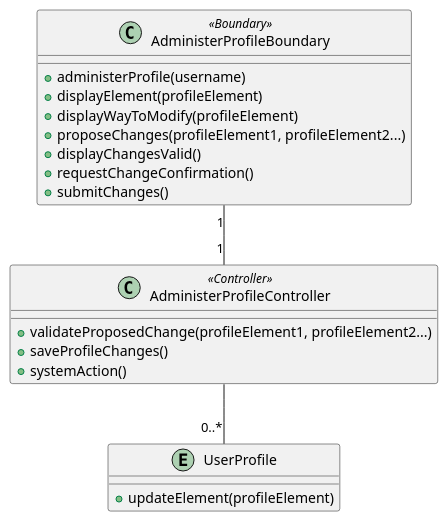
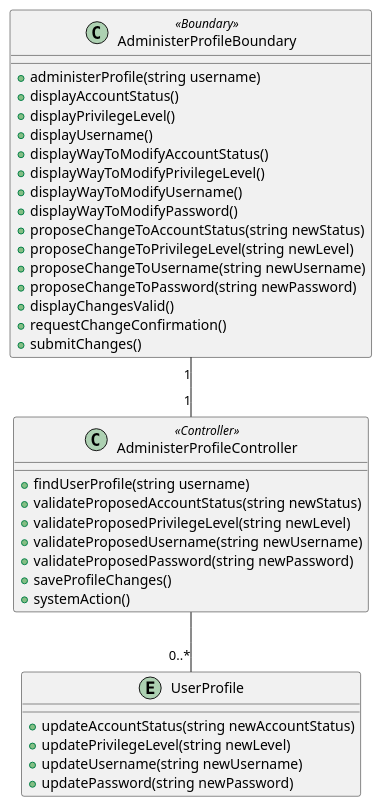
One commit to Lorilandly/ESN changed the diagram in docs/ooa/administer-user-profile/vopc.puml. Above: the diagram before and after it, drawn with PlantUML. The commit also changed 1 other file, not shown here.

Commit message:
Add specific profile elements and rules

```diff
--- a/docs/ooa/administer-user-profile/vopc.puml
+++ b/docs/ooa/administer-user-profile/vopc.puml
@@ -1,27 +1,41 @@
 @startuml
 
-
 class AdministerProfileBoundary <<Boundary>> {
-    + administerProfile(username)
-    + displayElement(profileElement)
-    + displayWayToModify(profileElement)
-    + proposeChanges(profileElement1, profileElement2...)
+    + administerProfile(string username)
+    + displayAccountStatus()
+    + displayPrivilegeLevel()
+    + displayUsername()
+    + displayWayToModifyAccountStatus()
+    + displayWayToModifyPrivilegeLevel()
+    + displayWayToModifyUsername()
+    + displayWayToModifyPassword()
+    + proposeChangeToAccountStatus(string newStatus)
+    + proposeChangeToPrivilegeLevel(string newLevel)
+    + proposeChangeToUsername(string newUsername)
+    + proposeChangeToPassword(string newPassword)
     + displayChangesValid()
     + requestChangeConfirmation()
     + submitChanges()
 }
 
 class AdministerProfileController <<Controller>> {
-    + validateProposedChange(profileElement1, profileElement2...)
+    + findUserProfile(string username)
+    + validateProposedAccountStatus(string newStatus)
+    + validateProposedPrivilegeLevel(string newLevel)
+    + validateProposedUsername(string newUsername)
+    + validateProposedPassword(string newPassword)
     + saveProfileChanges()
     + systemAction()
 }
 
 entity UserProfile {
-    + updateElement(profileElement)
+    + updateAccountStatus(string newAccountStatus)
+    + updatePrivilegeLevel(string newLevel)
+    + updateUsername(string newUsername)
+    + updatePassword(string newPassword)
 }
 
 AdministerProfileBoundary "1" -- "1" AdministerProfileController
 AdministerProfileController -- "0..*" UserProfile
 
 @enduml
```
